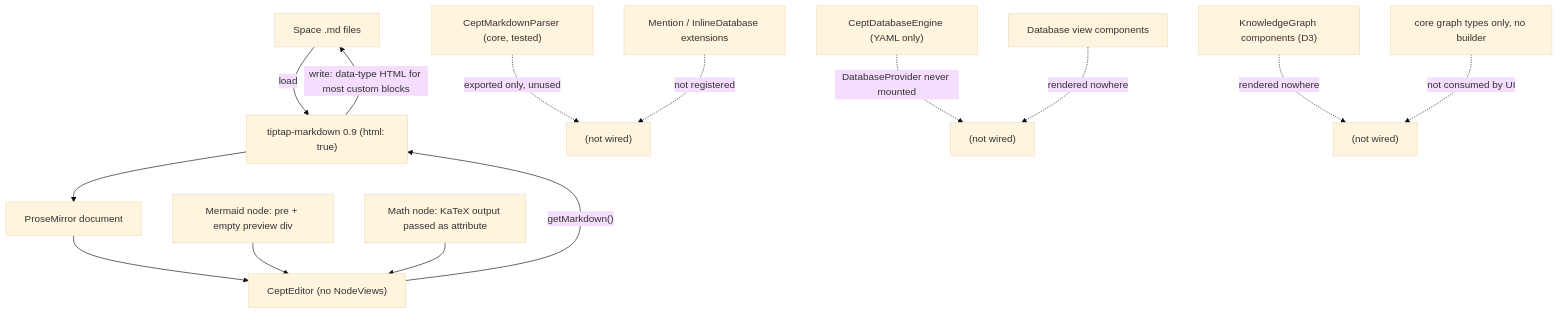
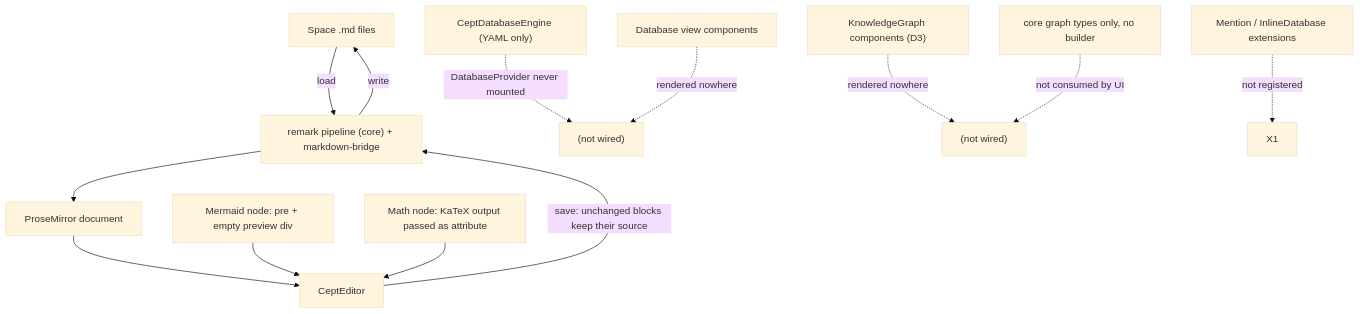
One commit to nsheaps/cept changed the second of 2 diagrams in docs/specs/requirements/08-editor.md. Above: the diagram before and after it, drawn with Mermaid (base theme). The commit also changed other lines of this file and 22 other files, not shown here.

First line of the commit message:
feat(editor): load and save pages through the markdown pipeline

````diff
--- a/docs/specs/requirements/08-editor.md
+++ b/docs/specs/requirements/08-editor.md
@@ -101,16 +101,15 @@
 ```mermaid
 flowchart TD
-    MD["Space .md files"] -->|load| TM["tiptap-markdown 0.9 (html: true)"]
-    TM --> PM["ProseMirror document"]
-    PM --> ED["CeptEditor (no NodeViews)"]
-    ED -->|"getMarkdown()"| TM
-    TM -->|"write: data-type HTML for most custom blocks"| MD
-    CP["CeptMarkdownParser (core, tested)"] -. "exported only, unused" .-> X1["(not wired)"]
+    MD["Space .md files"] -->|load| PIPE["remark pipeline (core) + markdown-bridge"]
+    PIPE --> PM["ProseMirror document"]
+    PM --> ED["CeptEditor"]
+    ED -->|"save: unchanged blocks keep their source"| PIPE
+    PIPE -->|write| MD
     ENG["CeptDatabaseEngine (YAML only)"] -. "DatabaseProvider never mounted" .-> X2["(not wired)"]
     VIEWS["Database view components"] -. "rendered nowhere" .-> X2
     KG["KnowledgeGraph components (D3)"] -. "rendered nowhere" .-> X3["(not wired)"]
     GT["core graph types only, no builder"] -. "not consumed by UI" .-> X3
     MEN["Mention / InlineDatabase extensions"] -. "not registered" .-> X1
     MERM["Mermaid node: pre + empty preview div"] --> ED
     MATH["Math node: KaTeX output passed as attribute"] --> ED
 ```
````
